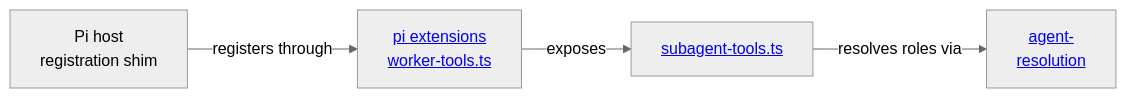
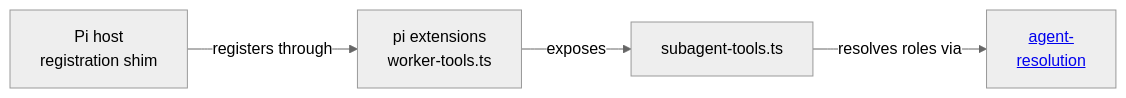
Before and after one commit to abstract-business-systems/as-is: the diagram in tools/agent/as-is.md, drawn with Mermaid (neutral theme). The commit also changed 8 other files, not shown here.

Commit message:
feat(tools): conform record diagrams and bootstrap mermaid renderer dependency

````diff
--- a/tools/agent/as-is.md
+++ b/tools/agent/as-is.md
@@ -15,10 +15,10 @@
 ```mermaid
 flowchart LR
     PiExtension["Pi host<br/>registration shim"]
-    RegistrationBoundary["<a href='../../adapters/pi/extensions/worker-tools.ts'>pi extensions<br/>worker-tools.ts</a>"]
-    SubagentTools["<a href='./subagent-tools.ts'>subagent-tools.ts</a>"]
+    RegistrationBoundary["pi extensions<br/>worker-tools.ts"]
+    SubagentTools["subagent-tools.ts"]
     AgentResolution["<a href='../../core/modules/agent-resolution/as-is.md#design'>agent-<br/>resolution</a>"]
     PiExtension -->|registers through| RegistrationBoundary
     RegistrationBoundary -->|exposes| SubagentTools
     SubagentTools -->|resolves roles via| AgentResolution
 ```
````
